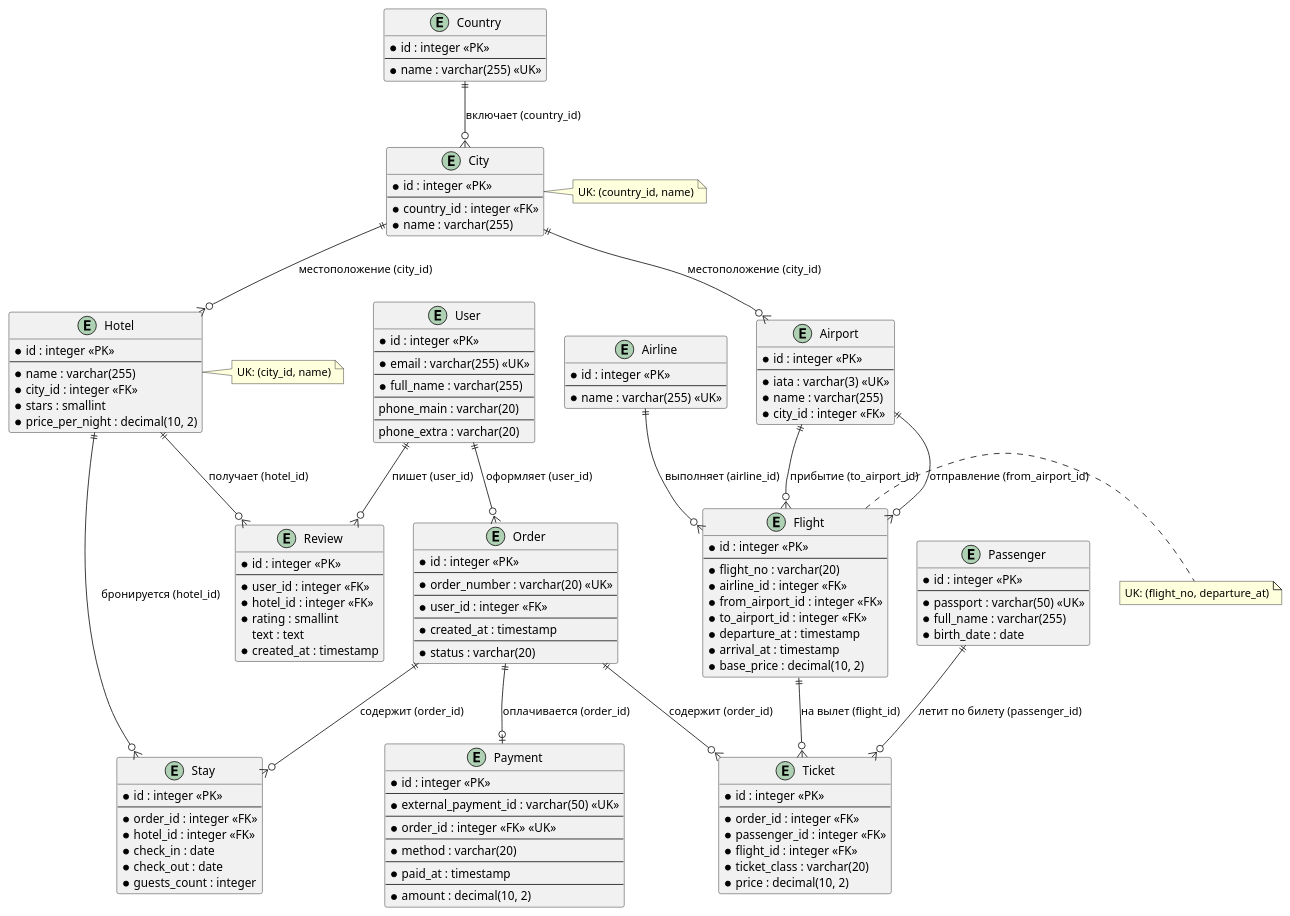
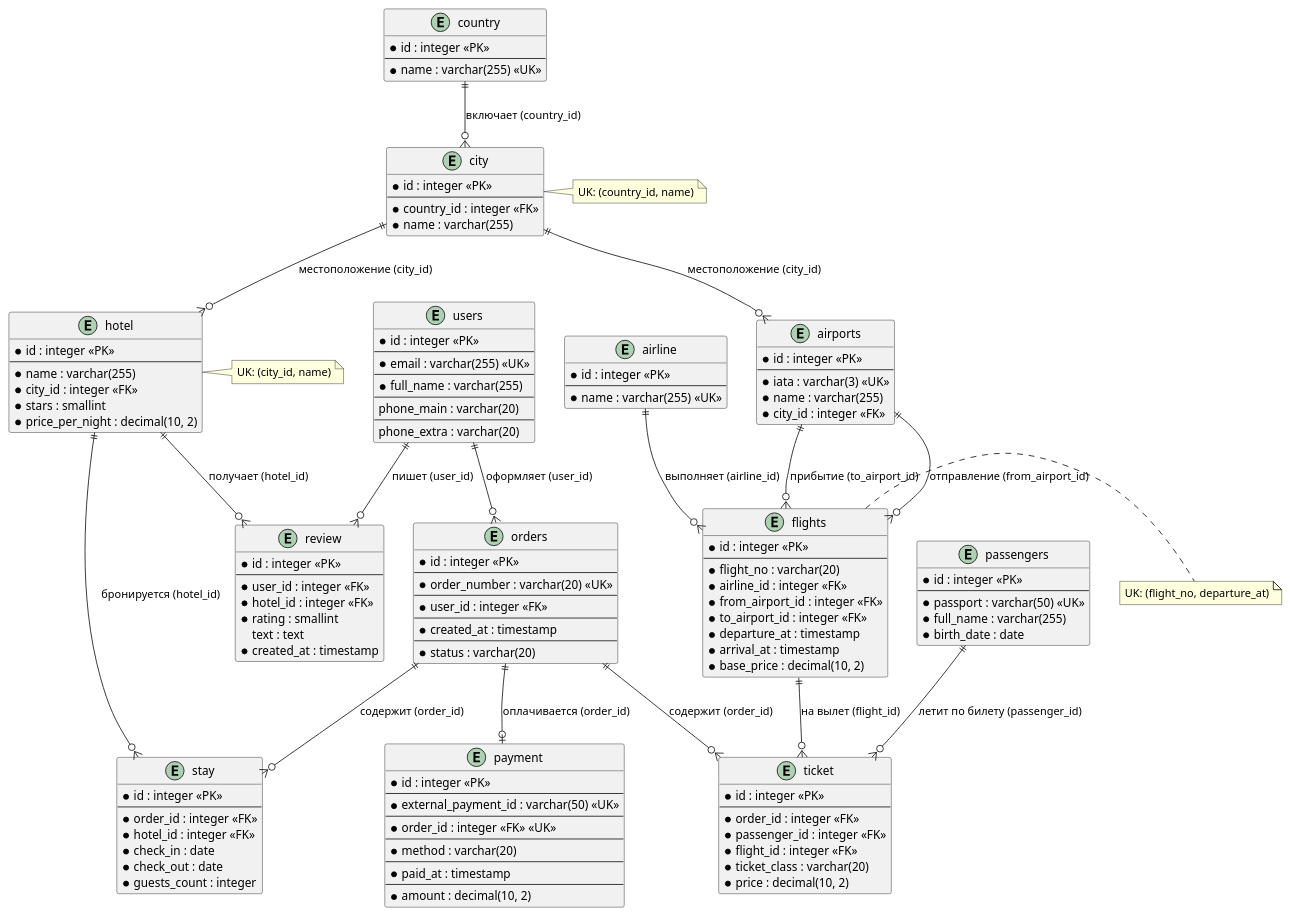
One commit to artem93plf/travel-booking-postgresql changed the diagram in 1_er/er_diagram.puml. Above: the diagram before and after it, drawn with PlantUML.

Commit message:
fix: align entity names with DDL tables

```diff
--- a/1_er/er_diagram.puml
+++ b/1_er/er_diagram.puml
@@ -1,154 +1,154 @@
 @startuml
-entity "User" as user {
+entity "users" as user {
     * id : integer <<PK>>
     --
     * email : varchar(255) <<UK>>
     --
     * full_name : varchar(255)
     --
     phone_main : varchar(20)
     --
     phone_extra : varchar(20)
 }
 
-entity "Order" as order {
+entity "orders" as order {
     * id : integer <<PK>>
     --
     * order_number : varchar(20) <<UK>>
     --
     * user_id : integer <<FK>>
     --
     * created_at : timestamp
     --
     * status : varchar(20)
 }
 
-entity "Payment" as payment {
+entity "payment" as payment {
     * id : integer <<PK>>
     --
     * external_payment_id : varchar(50) <<UK>>
     --
     * order_id : integer <<FK>> <<UK>>
     --
     * method : varchar(20)
     --
     * paid_at : timestamp
     --
     * amount : decimal(10, 2)
 }
 
-entity "Passenger" as passenger {
+entity "passengers" as passenger {
     * id : integer <<PK>>
     --
     * passport : varchar(50) <<UK>>
     * full_name : varchar(255)
     * birth_date : date
 }
 
-entity "Ticket" as ticket {
+entity "ticket" as ticket {
     * id : integer <<PK>>
     --
     * order_id : integer <<FK>>
     * passenger_id : integer <<FK>>
     * flight_id : integer <<FK>>
     * ticket_class : varchar(20)
     * price : decimal(10, 2)
 }
 
-entity "Airline" as airline {
+entity "airline" as airline {
     * id : integer <<PK>>
     --
     * name : varchar(255) <<UK>>
 }
 
-entity "Country" as country {
+entity "country" as country {
     * id : integer <<PK>>
     --
     * name : varchar(255) <<UK>>
 }
 
-entity "City" as city {
+entity "city" as city {
     * id : integer <<PK>>
     --
     * country_id : integer <<FK>>
     * name : varchar(255)
 }
 note right of city
     UK: (country_id, name)
 end note
 
-entity "Airport" as airport {
+entity "airports" as airport {
     * id : integer <<PK>>
     --
     * iata : varchar(3) <<UK>>
     * name : varchar(255)
     * city_id : integer <<FK>>
 }
 
-entity "Flight" as flight {
+entity "flights" as flight {
     * id : integer <<PK>>
     --
     * flight_no : varchar(20)
     * airline_id : integer <<FK>>
     * from_airport_id : integer <<FK>>
     * to_airport_id : integer <<FK>>
     * departure_at : timestamp
     * arrival_at : timestamp
     * base_price : decimal(10, 2)
 }
 note right of flight
     UK: (flight_no, departure_at)
 end note
 
-entity "Hotel" as hotel {
+entity "hotel" as hotel {
     * id : integer <<PK>>
     --
     * name : varchar(255)
     * city_id : integer <<FK>>
     * stars : smallint
     * price_per_night : decimal(10, 2)
 }
 note right of hotel
     UK: (city_id, name)
 end note
 
-entity "Stay" as stay {
+entity "stay" as stay {
     * id : integer <<PK>>
     --
     * order_id : integer <<FK>>
     * hotel_id : integer <<FK>>
     * check_in : date
     * check_out : date
     * guests_count : integer
 }
 
-entity "Review" as review {
+entity "review" as review {
     * id : integer <<PK>>
     --
     * user_id : integer <<FK>>
     * hotel_id : integer <<FK>>
     * rating : smallint
     text : text
     * created_at : timestamp
 }
 ' || = ровно один; o{ = от нуля до многих; o| = от нуля до одного
 user ||--o{ order : "оформляет (user_id)"
 order ||--o| payment : "оплачивается (order_id)"
 
 order ||--o{ ticket : "содержит (order_id)"
 passenger ||--o{ ticket : "летит по билету (passenger_id)"
 flight ||--o{ ticket : "на вылет (flight_id)"
 airline ||--o{ flight : "выполняет (airline_id)"
 
 country ||--o{ city : "включает (country_id)"
 city ||--o{ airport : "местоположение (city_id)"
 airport ||--o{ flight : "отправление (from_airport_id)"
 airport ||--o{ flight : "прибытие (to_airport_id)"
 
 city ||--o{ hotel : "местоположение (city_id)"
 order ||--o{ stay : "содержит (order_id)"
 hotel ||--o{ stay : "бронируется (hotel_id)"
 
 user ||--o{ review : "пишет (user_id)"
 hotel ||--o{ review : "получает (hotel_id)"
 @enduml
```
